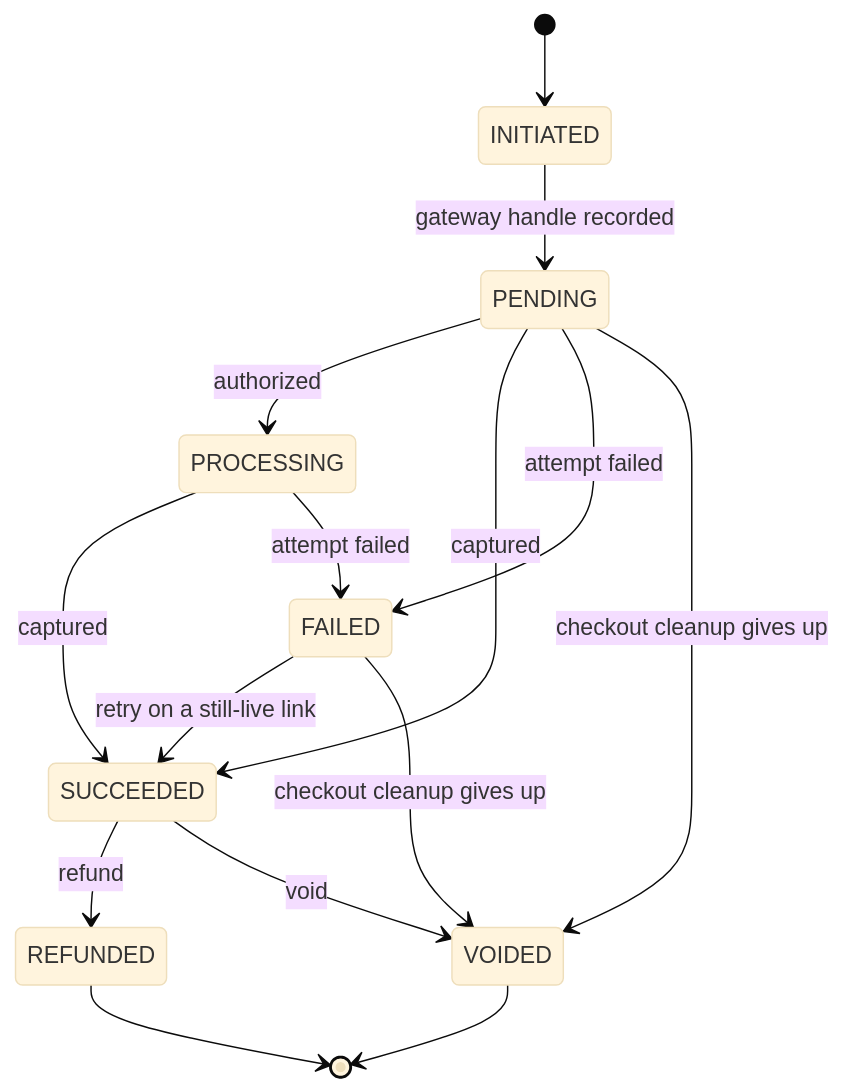
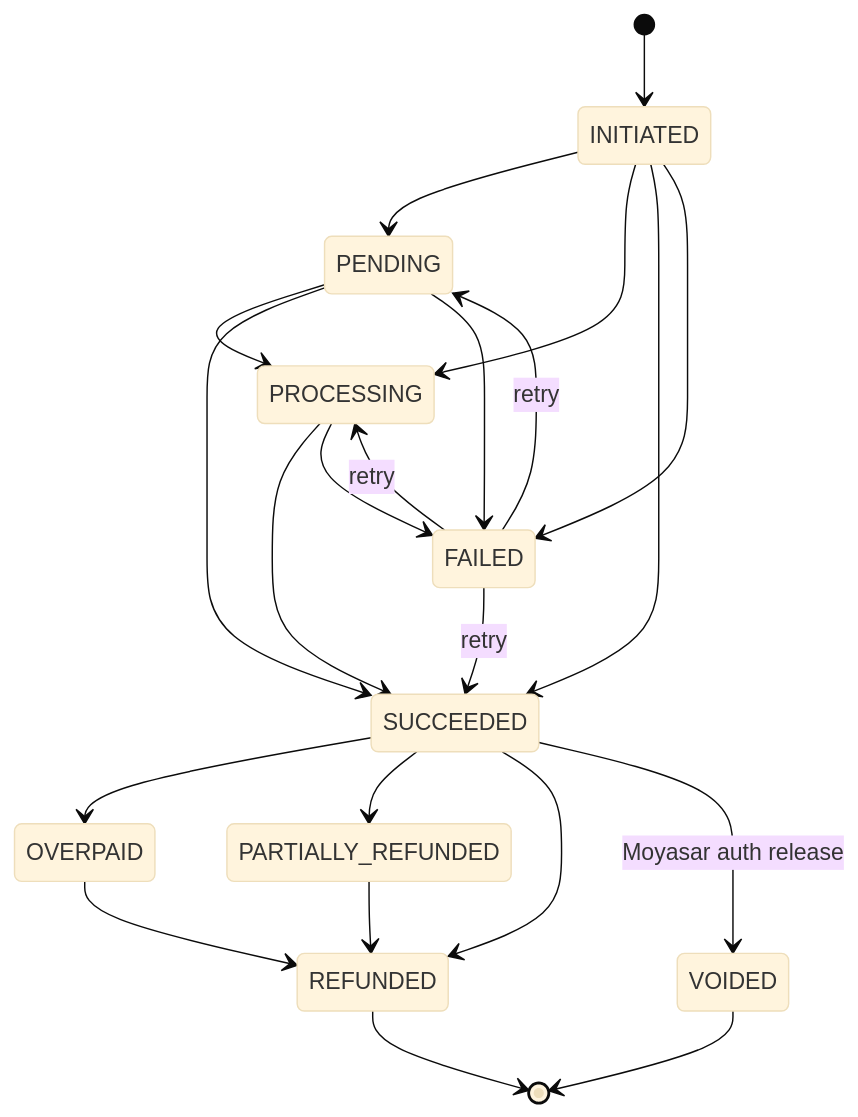
One commit to flexprice/flexprice changed the fifth of 6 diagrams in docs/design/2026-08-07-checkout-polling-api.md. Above: the diagram before and after it, drawn with Mermaid (base theme). The commit also changed other lines of this file, not shown here.

````diff
--- a/docs/design/2026-08-07-checkout-polling-api.md
+++ b/docs/design/2026-08-07-checkout-polling-api.md
@@ -319,17 +255,24 @@
 ```mermaid
 stateDiagram-v2
     [*] --> INITIATED
-    INITIATED --> PENDING: gateway handle recorded
-    PENDING --> PROCESSING: authorized
-    PENDING --> SUCCEEDED: captured
-    PROCESSING --> SUCCEEDED: captured
-    PENDING --> FAILED: attempt failed
-    PROCESSING --> FAILED: attempt failed
-    FAILED --> SUCCEEDED: retry on a still-live link
-    FAILED --> VOIDED: checkout cleanup gives up
-    PENDING --> VOIDED: checkout cleanup gives up
-    SUCCEEDED --> REFUNDED: refund
-    SUCCEEDED --> VOIDED: void
+    INITIATED --> PENDING
+    INITIATED --> PROCESSING
+    INITIATED --> SUCCEEDED
+    INITIATED --> FAILED
+    PENDING --> PROCESSING
+    PENDING --> SUCCEEDED
+    PENDING --> FAILED
+    PROCESSING --> SUCCEEDED
+    PROCESSING --> FAILED
+    FAILED --> PENDING: retry
+    FAILED --> PROCESSING: retry
+    FAILED --> SUCCEEDED: retry
+    SUCCEEDED --> OVERPAID
+    SUCCEEDED --> PARTIALLY_REFUNDED
+    SUCCEEDED --> REFUNDED
+    SUCCEEDED --> VOIDED: Moyasar auth release
+    OVERPAID --> REFUNDED
+    PARTIALLY_REFUNDED --> REFUNDED
+    REFUNDED --> [*]
     VOIDED --> [*]
-    REFUNDED --> [*]
 ```
````
